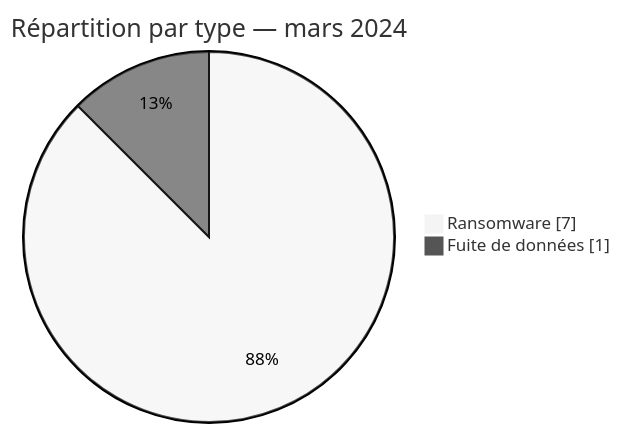
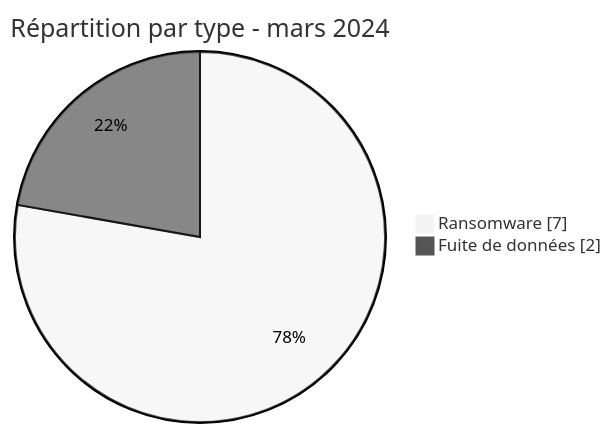
The second of 2 diagrams in CyberAttackAfrica/2024/03-march/README_FR.md (Hatchepsoute/AFRINTEL), drawn with Mermaid (neutral theme) before and after one commit. The commit also changed other lines of this file and 182 other files, not shown here.

````diff
--- a/CyberAttackAfrica/2024/03-march/README_FR.md
+++ b/CyberAttackAfrica/2024/03-march/README_FR.md
@@ -53,6 +54,6 @@
 ```mermaid
 pie showData
-    title Répartition par type — mars 2024
+    title Répartition par type - mars 2024
     "Ransomware" : 7
-    "Fuite de données" : 1
+    "Fuite de données" : 2
 ```
````
